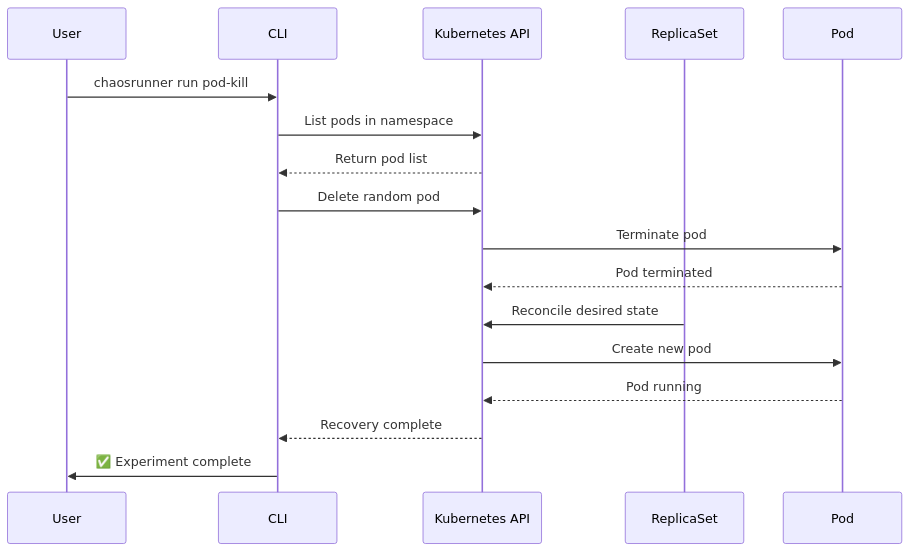
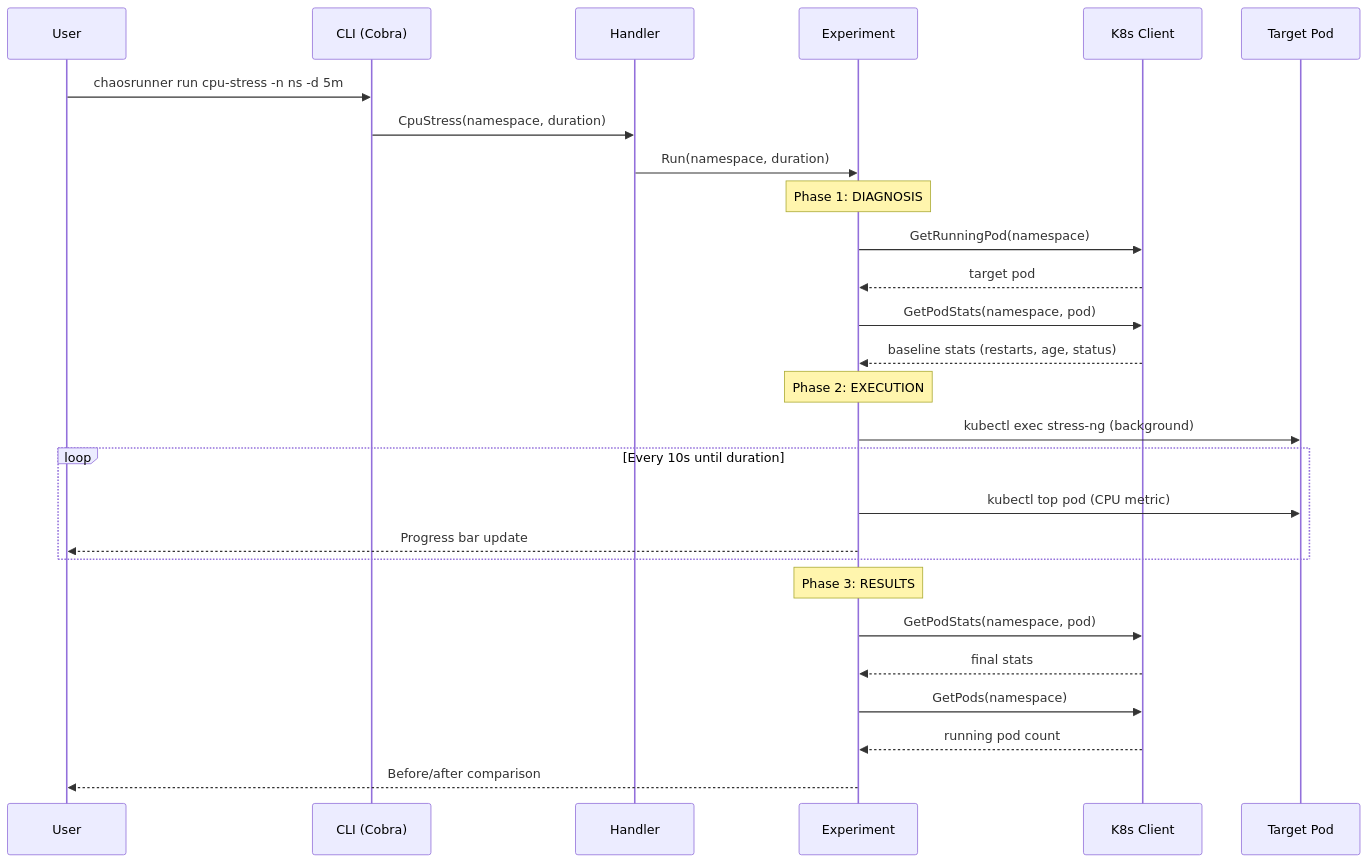
One commit to dablon/chaosrunner changed the second of 3 diagrams in README.md. Above: the diagram before and after it, drawn with Mermaid. The commit also changed other lines of this file, not shown here.

````diff
--- a/README.md
+++ b/README.md
@@ -195,20 +203,33 @@
 ```mermaid
 sequenceDiagram
     participant User
-    participant CLI
-    participant K8s as Kubernetes API
-    participant RS as ReplicaSet
-    participant Pod
-    
-    User->>CLI: chaosrunner run pod-kill
-    CLI->>K8s: List pods in namespace
-    K8s-->>CLI: Return pod list
-    CLI->>K8s: Delete random pod
-    K8s->>Pod: Terminate pod
-    Pod-->>K8s: Pod terminated
-    RS->>K8s: Reconcile desired state
-    K8s->>Pod: Create new pod
-    Pod-->>K8s: Pod running
-    K8s-->>CLI: Recovery complete
-    CLI->>User: ✅ Experiment complete
+    participant CLI as CLI (Cobra)
+    participant Handler
+    participant Exp as Experiment
+    participant K8s as K8s Client
+    participant Pod as Target Pod
+
+    User->>CLI: chaosrunner run cpu-stress -n ns -d 5m
+    CLI->>Handler: CpuStress(namespace, duration)
+    Handler->>Exp: Run(namespace, duration)
+
+    Note over Exp: Phase 1: DIAGNOSIS
+    Exp->>K8s: GetRunningPod(namespace)
+    K8s-->>Exp: target pod
+    Exp->>K8s: GetPodStats(namespace, pod)
+    K8s-->>Exp: baseline stats (restarts, age, status)
+
+    Note over Exp: Phase 2: EXECUTION
+    Exp->>Pod: kubectl exec stress-ng (background)
+    loop Every 10s until duration
+        Exp->>Pod: kubectl top pod (CPU metric)
+        Exp-->>User: Progress bar update
+    end
+
+    Note over Exp: Phase 3: RESULTS
+    Exp->>K8s: GetPodStats(namespace, pod)
+    K8s-->>Exp: final stats
+    Exp->>K8s: GetPods(namespace)
+    K8s-->>Exp: running pod count
+    Exp-->>User: Before/after comparison
 ```
````
